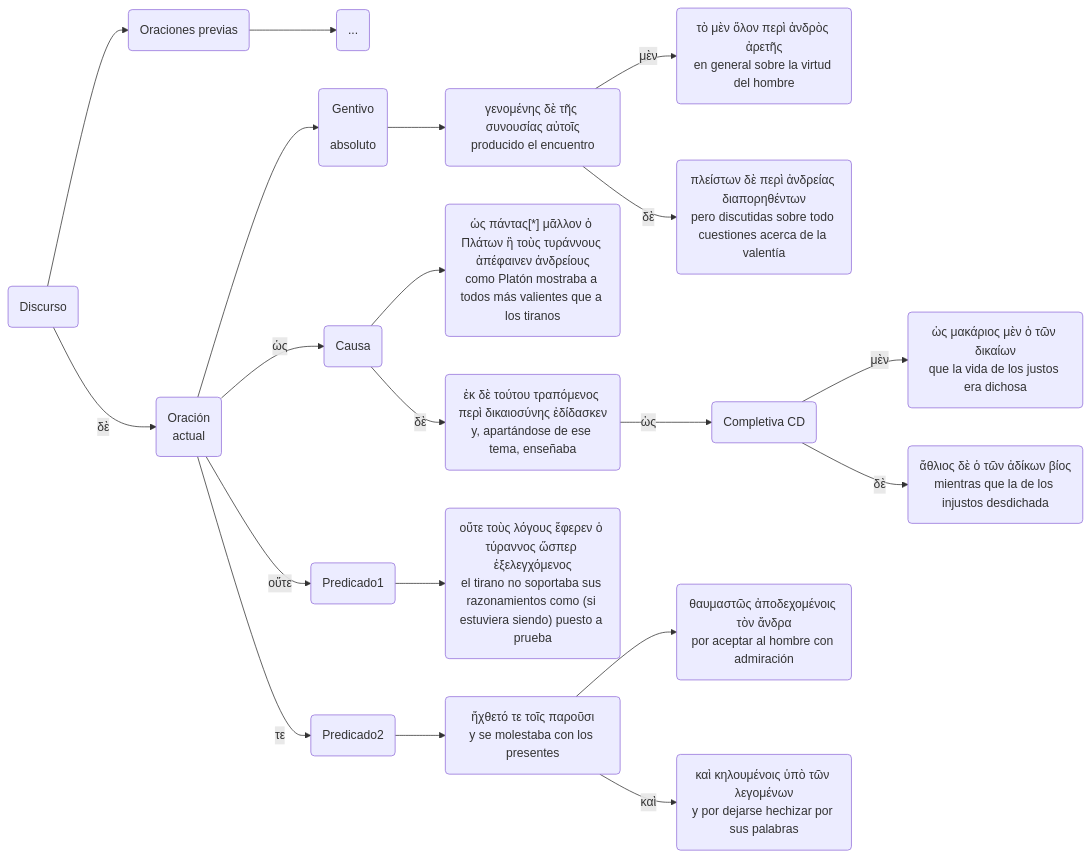
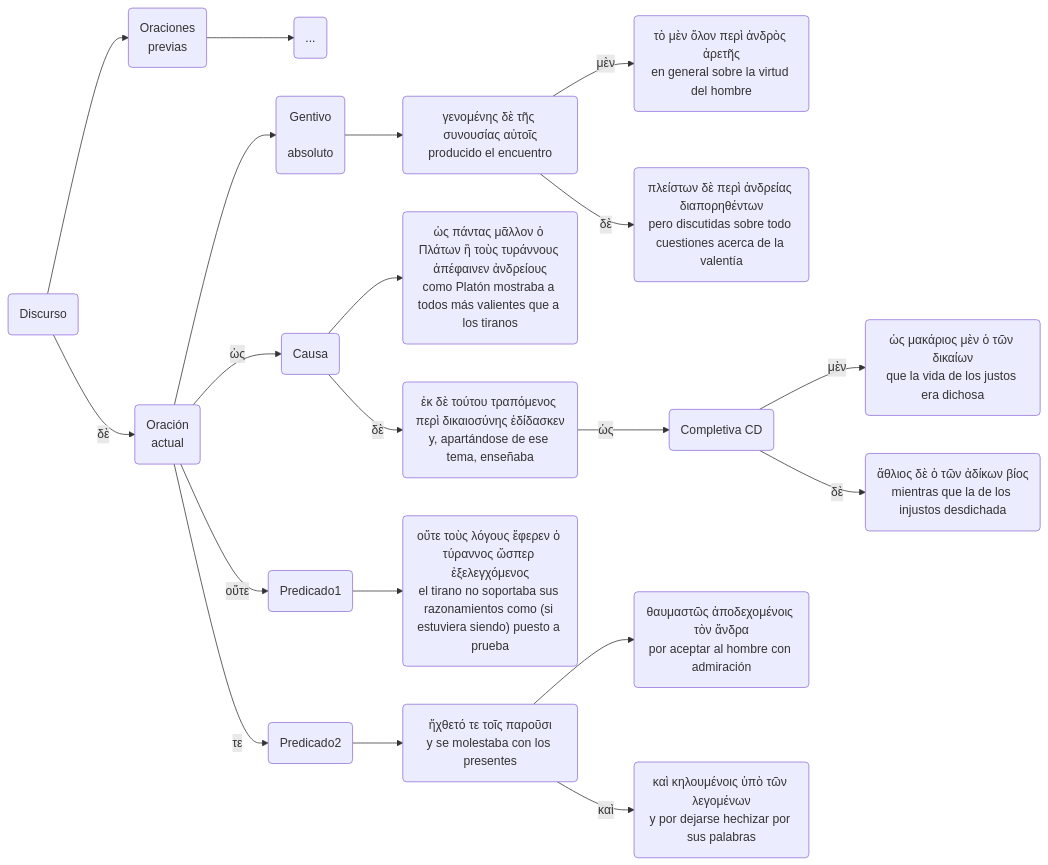
One commit to pajaro1966/Asignaturas changed the fifth of 7 diagrams in docs/Plutarch_Dion/Dion.md. Above: the diagram before and after it, drawn with Mermaid. The commit also changed 7 other files, not shown here.

````diff
--- a/docs/Plutarch_Dion/Dion.md
+++ b/docs/Plutarch_Dion/Dion.md
@@ -248,26 +248,26 @@
 ```mermaid
 flowchart LR
 
-O("Discurso")-->F("Oraciones previas")-->F1("...")
+O("Discurso")-->F("Oraciones<br>previas")-->F1("...")
 O-->|"δὲ"|A("Oración<br>actual")
 A-->B("Gentivo<br>
 absoluto")-->B1("γενομένης δὲ τῆς συνουσίας αὐτοῖς<br>producido el encuentro")
 B1-->|"μὲν"|B11("τὸ μὲν ὅλον περὶ ἀνδρὸς ἀρετῆς<br>en general sobre la virtud del hombre")
 B1-->|"δὲ"|B12("πλείστων δὲ περὶ ἀνδρείας διαπορηθέντων<br>pero discutidas sobre todo cuestiones acerca de" la valentía)
 A-->|"ὡς"|C("Causa")
 C-->C1
 C-->|"δὲ"|C2
-C1("ὡς πάντας[*] μᾶλλον ὁ Πλάτων ἢ τοὺς τυράννους ἀπέφαινεν ἀνδρείους<br>como Platón mostraba a todos más valientes que a los tiranos")
+C1("ὡς πάντας μᾶλλον ὁ Πλάτων ἢ τοὺς τυράννους ἀπέφαινεν ἀνδρείους<br>como Platón mostraba a todos más valientes que a los tiranos")
 C2("ἐκ δὲ τούτου τραπόμενος περὶ δικαιοσύνης ἐδίδασκεν<br>y, apartándose de ese tema, enseñaba")
 C2-->|"ὡς "|C21("Completiva CD")-->|"μὲν"|C211("ὡς μακάριος μὲν ὁ τῶν δικαίων<br>que la vida de los justos era dichosa")
 C21("Completiva CD")-->|"δὲ"|C212("ἄθλιος δὲ ὁ τῶν ἀδίκων βίος<br>mientras que la de los injustos desdichada")
 
 A-->|"οὔτε"|D
 D("Predicado1")-->D1("οὔτε τοὺς λόγους ἔφερεν ὁ τύραννος ὥσπερ ἐξελεγχόμενος<br>el tirano no soportaba sus razonamientos como (si estuviera siendo) puesto a prueba")
 A-->|"τε"|E
 E("Predicado2")-->E1("ἤχθετό τε τοῖς παροῦσι<br>y se molestaba con los presentes")
 E1-->E11("θαυμαστῶς ἀποδεχομένοις τὸν ἄνδρα<br>por aceptar al hombre con admiración")
 E1-->|"καὶ"|E12("καὶ κηλουμένοις ὑπὸ τῶν λεγομένων<br>y por dejarse hechizar por sus palabras")
 
 
 ```
````
